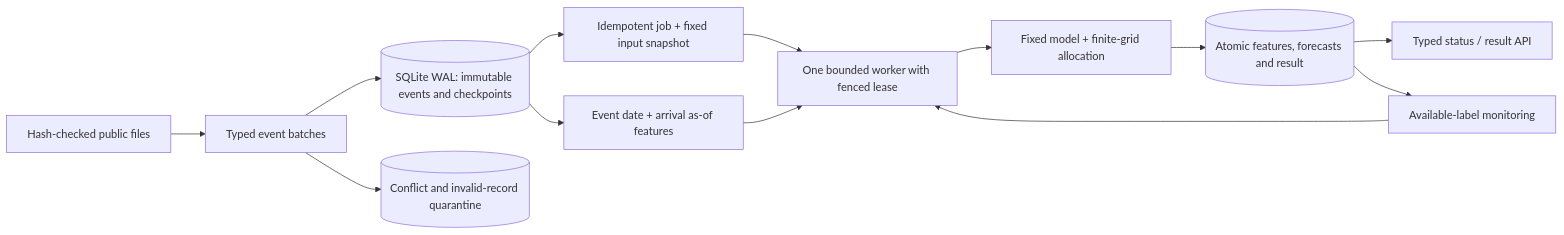
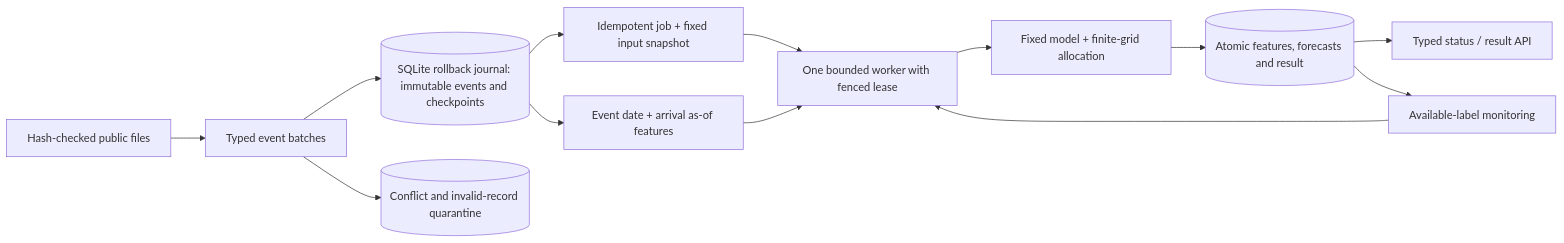
Before and after one commit to Prasanna-K-123/demand-inventory: the diagram in docs/SYSTEM_DESIGN.md, drawn with Mermaid. The commit also changed other lines of this file and 57 other files, not shown here.

````diff
--- a/docs/SYSTEM_DESIGN.md
+++ b/docs/SYSTEM_DESIGN.md
@@ -3,15 +3,15 @@
 ```mermaid
 flowchart LR
  A[Hash-checked public files] --> B[Typed event batches]
- B --> C[(SQLite WAL: immutable events and checkpoints)]
+ B --> C[(SQLite rollback journal: immutable events and checkpoints)]
  B --> Q[(Conflict and invalid-record quarantine)]
  C --> D[Idempotent job + fixed input snapshot]
  D --> E[One bounded worker with fenced lease]
  C --> F[Event date + arrival as-of features]
  F --> E
  E --> G[Fixed model + finite-grid allocation]
  G --> H[(Atomic features, forecasts and result)]
  H --> I[Typed status / result API]
  H --> J[Available-label monitoring]
  J --> E
 ```
````
